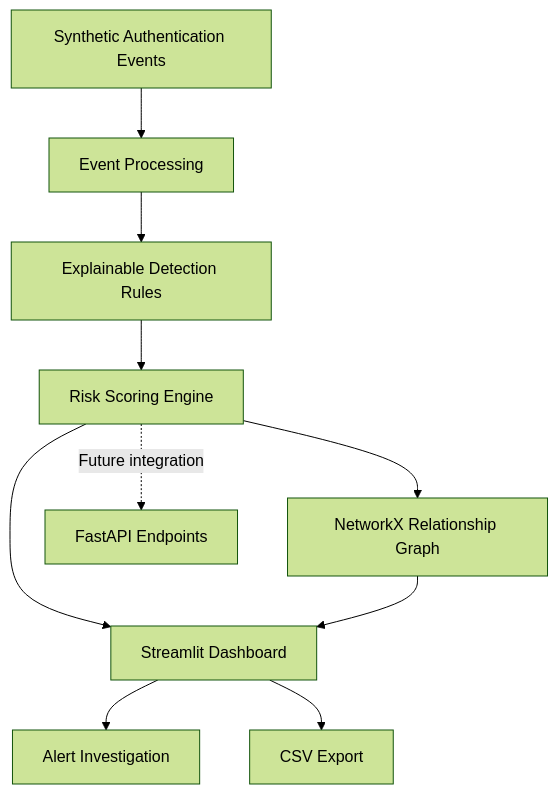
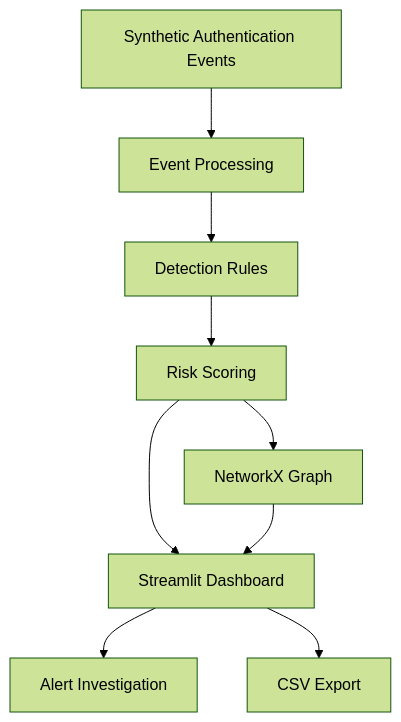
The diagram in README.md (tasnem-tech/sentinelgraph-ai), drawn with Mermaid (forest theme) before and after one commit. The commit also changed other lines of this file, not shown here.

````diff
--- a/README.md
+++ b/README.md
@@ -77,12 +70,11 @@
 ```mermaid
 flowchart TD
     A[Synthetic Authentication Events] --> B[Event Processing]
-    B --> C[Explainable Detection Rules]
-    C --> D[Risk Scoring Engine]
+    B --> C[Detection Rules]
+    C --> D[Risk Scoring]
     D --> E[Streamlit Dashboard]
-    D --> F[NetworkX Relationship Graph]
+    D --> F[NetworkX Graph]
     F --> E
     E --> G[Alert Investigation]
     E --> H[CSV Export]
-    D -. Future integration .-> I[FastAPI Endpoints]
 ```
````
